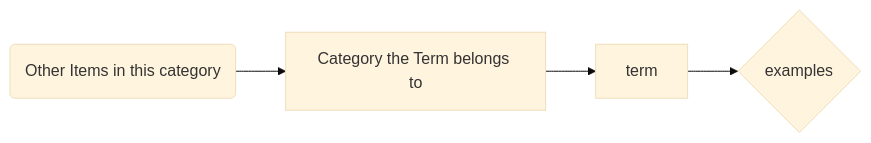
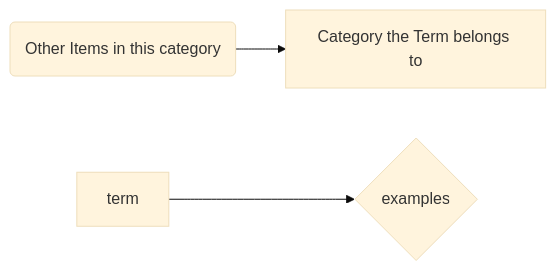
One commit to gerbssusd/dok changed the diagram in slides.md. Above: the diagram before and after it, drawn with Mermaid (base theme).

````diff
--- a/slides.md
+++ b/slides.md
@@ -217,10 +217,10 @@
 ```mermaid {theme: 'neutral', scale: 0.8}
 graph LR
 A(Other Items in this category) --> B[Category the Term belongs to]
-B --> C[term] --> D{examples}
+ C[term] --> D{examples}
 
 
 
 
 
 ```
````
